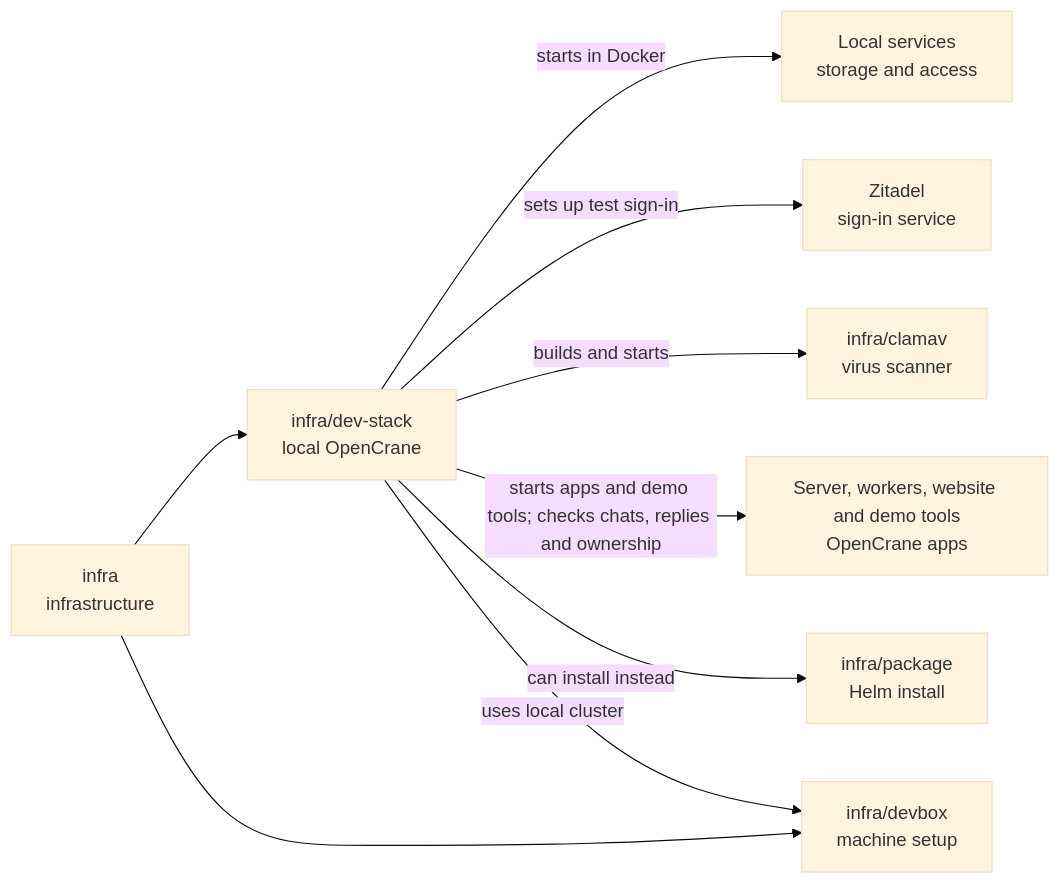
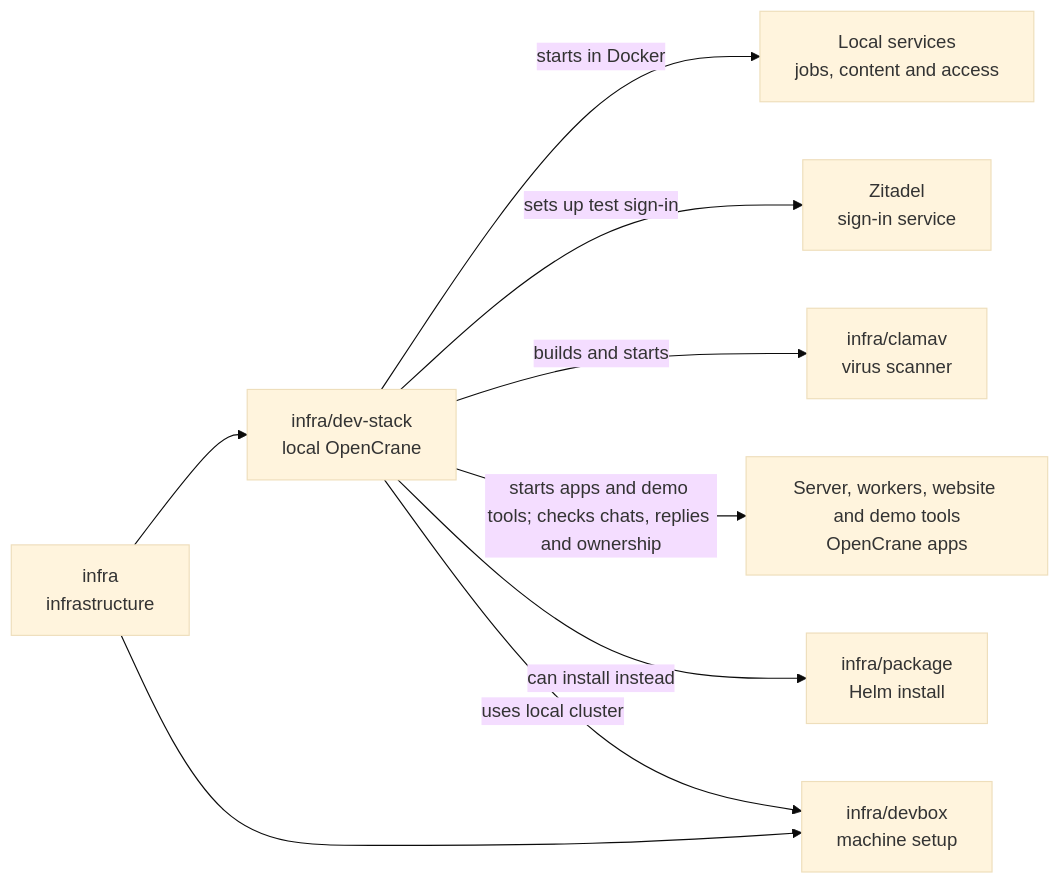
Before and after one commit to elewa-git/opencrane-new: the diagram in infra/dev-stack/README.md, drawn with Mermaid (base theme). The commit also changed other lines of this file and 12 other files, not shown here.

````diff
--- a/infra/dev-stack/README.md
+++ b/infra/dev-stack/README.md
@@ -16,11 +16,11 @@
 ```mermaid
 flowchart LR
   infra["infra<br/>infrastructure"] --> stack["infra/dev-stack<br/>local OpenCrane"]
   infra --> devbox["infra/devbox<br/>machine setup"]
-  stack -->|starts in Docker| services["Local services<br/>storage and access"]
+  stack -->|starts in Docker| services["Local services<br/>jobs, content and access"]
   stack -->|sets up test sign-in| zitadel["Zitadel<br/>sign-in service"]
   stack -->|builds and starts| clamav["infra/clamav<br/>virus scanner"]
   stack -->|starts apps and demo tools; checks chats, replies and ownership| apps["Server, workers, website and demo tools<br/>OpenCrane apps"]
   stack -->|can install instead| package["infra/package<br/>Helm install"]
   stack -->|uses local cluster| devbox
 ```
````
